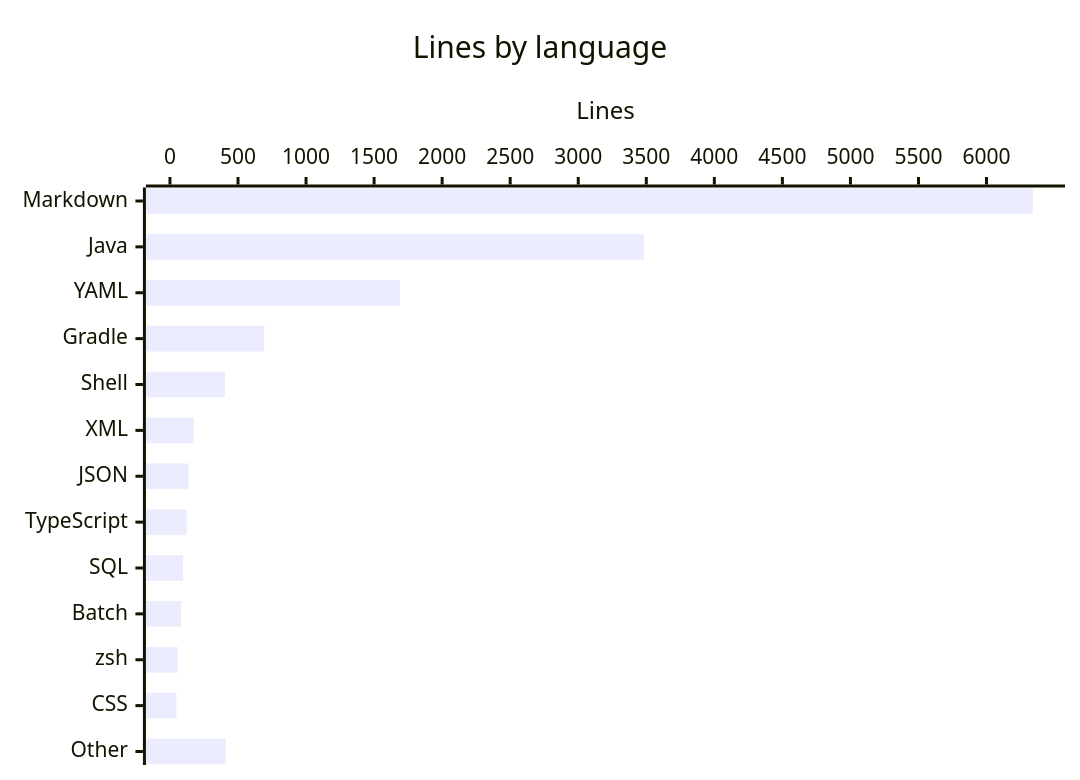
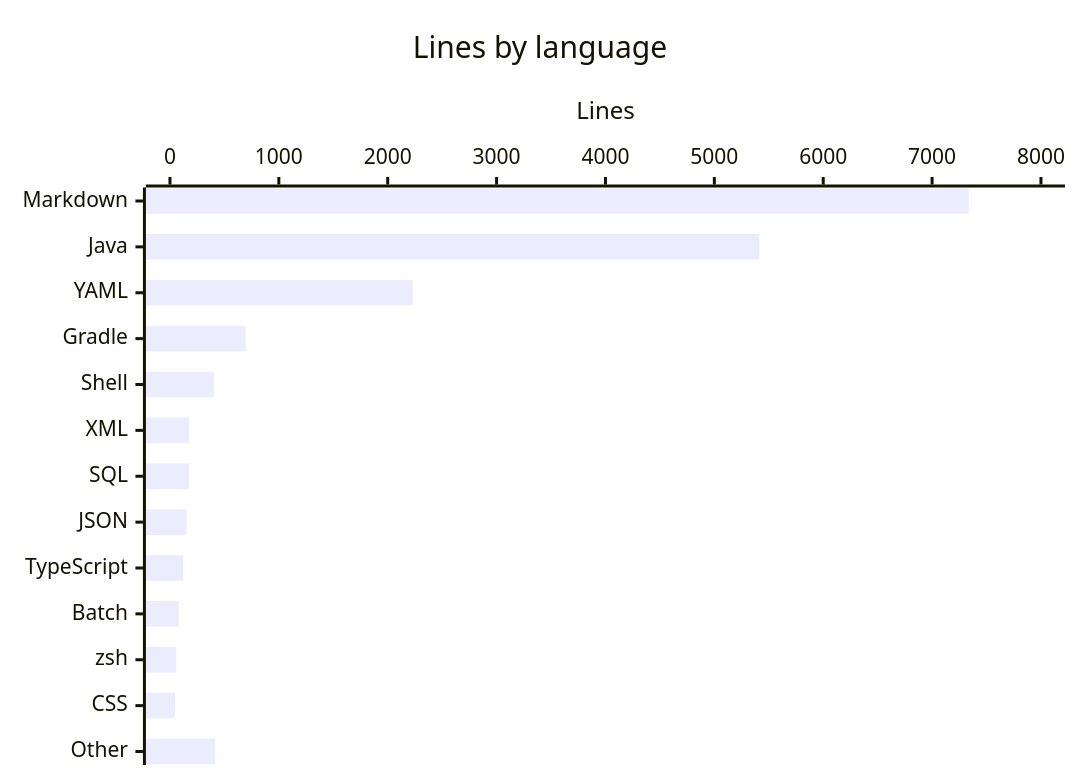
The first of 2 diagrams in droid-wiki/by-the-numbers.md (factory-aj-pahl/mockingbird-bank), drawn with Mermaid before and after one commit. The commit also changed other lines of this file and 32 other files, not shown here.

````diff
--- a/droid-wiki/by-the-numbers.md
+++ b/droid-wiki/by-the-numbers.md
@@ -13,7 +15,7 @@
 ```mermaid
 xychart-beta horizontal
     title "Lines by language"
-    x-axis ["Markdown", "Java", "YAML", "Gradle", "Shell", "XML", "JSON", "TypeScript", "SQL", "Batch", "zsh", "CSS", "Other"]
-    y-axis "Lines" 0 --> 6400
-    bar [6341, 3484, 1690, 693, 404, 175, 136, 123, 97, 82, 58, 47, 410]
+    x-axis ["Markdown", "Java", "YAML", "Gradle", "Shell", "XML", "SQL", "JSON", "TypeScript", "Batch", "zsh", "CSS", "Other"]
+    y-axis "Lines" 0 --> 8000
+    bar [7336, 5414, 2230, 696, 404, 175, 175, 151, 123, 82, 58, 47, 415]
 ```
````
